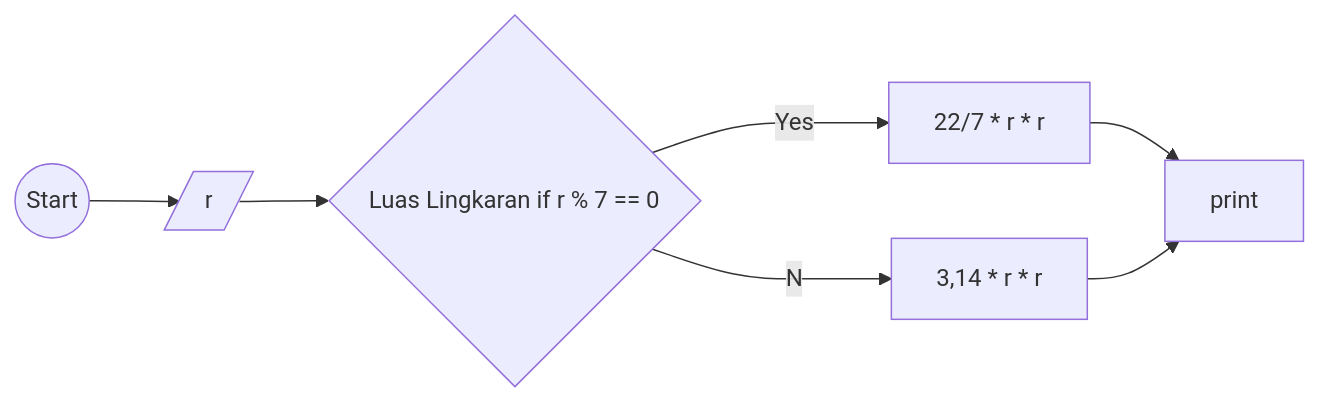
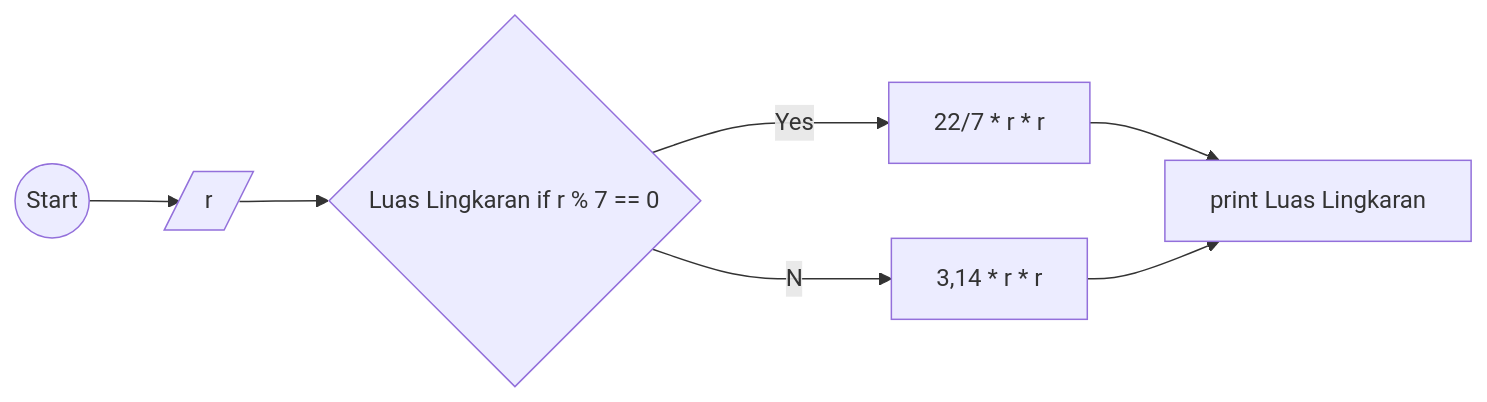
One commit to aldi-ardyansah/koda-b10-algoritma changed the second of 2 diagrams in README.md. Above: the diagram before and after it, drawn with Mermaid.

Commit message:
Update README with algorithms and flowcharts

````diff
--- a/README.md
+++ b/README.md
@@ -42,7 +42,7 @@
 ```mermaid
 flowchart LR
     A((Start)) --> B[/r/]
-    B[/r/] --> C{Luas Lingkaran if r % 7 == 0}
-    C{Luas Lingkaran if r % 7 == 0} --Yes--> D[22/7 * r * r] --> F[print]
-    C{Luas Lingkaran if r % 7 == 0} --No--> E[3,14 * r * r] --> F[print]
+    B[/r/] --> C{Luas Lingkaran: if r % 7 == 0}
+    C{Luas Lingkaran if r % 7 == 0} --Yes--> D[22/7 * r * r] --> F[print Luas Lingkaran]
+    C{Luas Lingkaran if r % 7 == 0} --No--> E[3,14 * r * r] --> F[print Luas Lingkaran]
 ```
````
